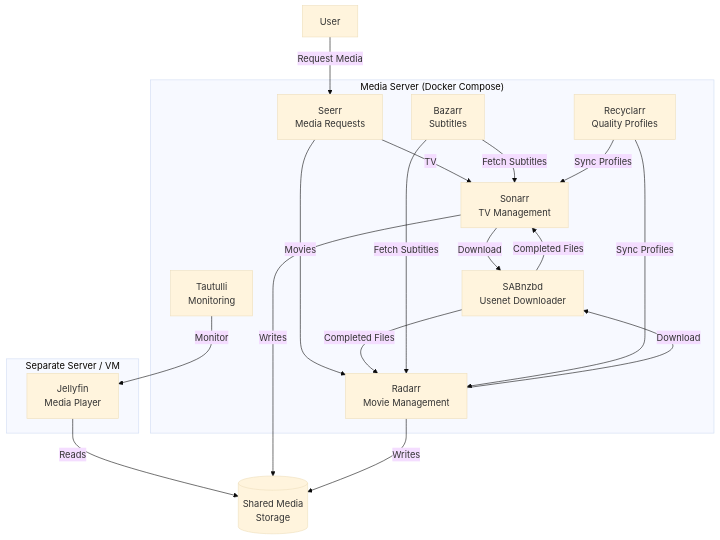
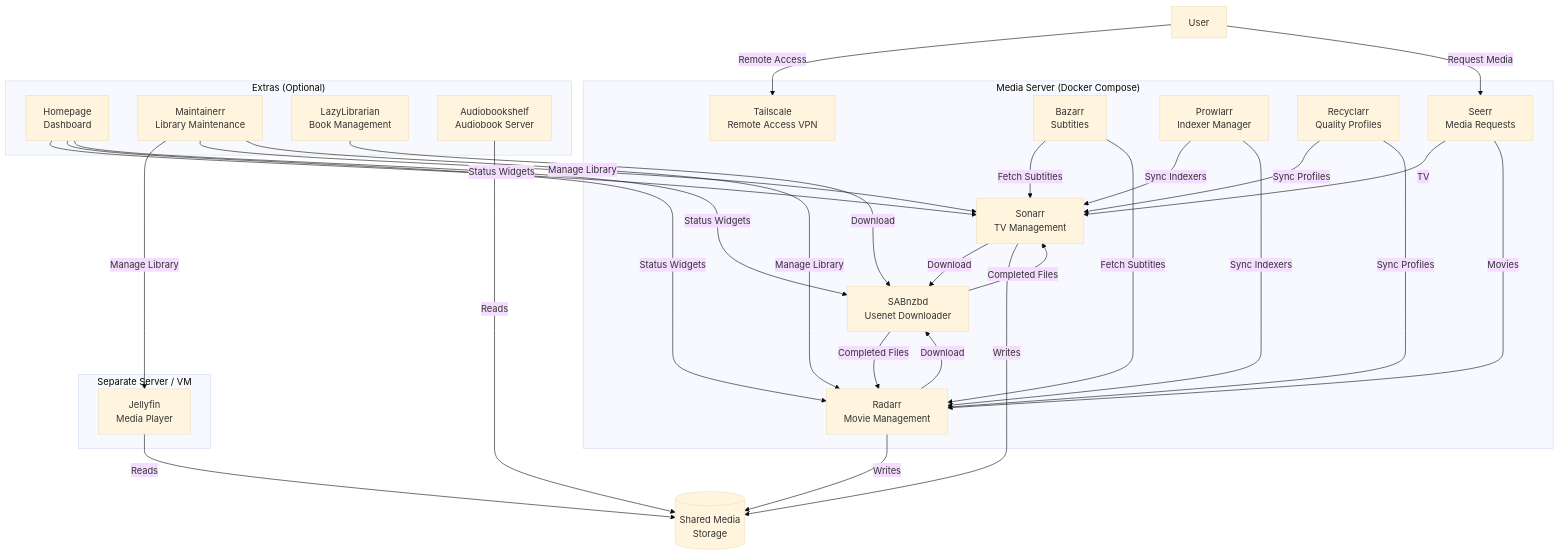
Before and after one commit to bcanfield/docker-media-server: the diagram in README.md, drawn with Mermaid (base theme). The commit also changed other lines of this file and 27 other files, not shown here.

````diff
--- a/README.md
+++ b/README.md
@@ -7,32 +13,50 @@
 ```mermaid
 graph TD
     subgraph Media Server ["Media Server (Docker Compose)"]
         Seerr["Seerr<br>Media Requests"]
         Sonarr["Sonarr<br>TV Management"]
         Radarr["Radarr<br>Movie Management"]
         SABnzbd["SABnzbd<br>Usenet Downloader"]
         Bazarr["Bazarr<br>Subtitles"]
+        Prowlarr["Prowlarr<br>Indexer Manager"]
         Recyclarr["Recyclarr<br>Quality Profiles"]
-        Tautulli["Tautulli<br>Monitoring"]
+        Tailscale["Tailscale<br>Remote Access VPN"]
+    end
+
+    subgraph Extras ["Extras (Optional)"]
+        Homepage["Homepage<br>Dashboard"]
+        Maintainerr["Maintainerr<br>Library Maintenance"]
+        LazyLibrarian["LazyLibrarian<br>Book Management"]
+        Audiobookshelf["Audiobookshelf<br>Audiobook Server"]
     end
 
     subgraph Playback ["Separate Server / VM"]
         Jellyfin["Jellyfin<br>Media Player"]
     end
 
+    User -->|Remote Access| Tailscale
     User -->|Request Media| Seerr
     Seerr -->|TV| Sonarr
     Seerr -->|Movies| Radarr
     Sonarr -->|Download| SABnzbd
     Radarr -->|Download| SABnzbd
     SABnzbd -->|Completed Files| Sonarr
     SABnzbd -->|Completed Files| Radarr
     Bazarr -->|Fetch Subtitles| Sonarr
     Bazarr -->|Fetch Subtitles| Radarr
+    Prowlarr -->|Sync Indexers| Sonarr
+    Prowlarr -->|Sync Indexers| Radarr
     Recyclarr -->|Sync Profiles| Sonarr
     Recyclarr -->|Sync Profiles| Radarr
-    Tautulli -->|Monitor| Jellyfin
+    Homepage -->|Status Widgets| Sonarr
+    Homepage -->|Status Widgets| Radarr
+    Homepage -->|Status Widgets| SABnzbd
+    Maintainerr -->|Manage Library| Jellyfin
+    Maintainerr -->|Manage Library| Sonarr
+    Maintainerr -->|Manage Library| Radarr
+    LazyLibrarian -->|Download| SABnzbd
+    Audiobookshelf -->|Reads| MediaStorage
     Jellyfin -->|Reads| MediaStorage[("Shared Media<br>Storage")]
     Sonarr -->|Writes| MediaStorage
     Radarr -->|Writes| MediaStorage
 ```
````
